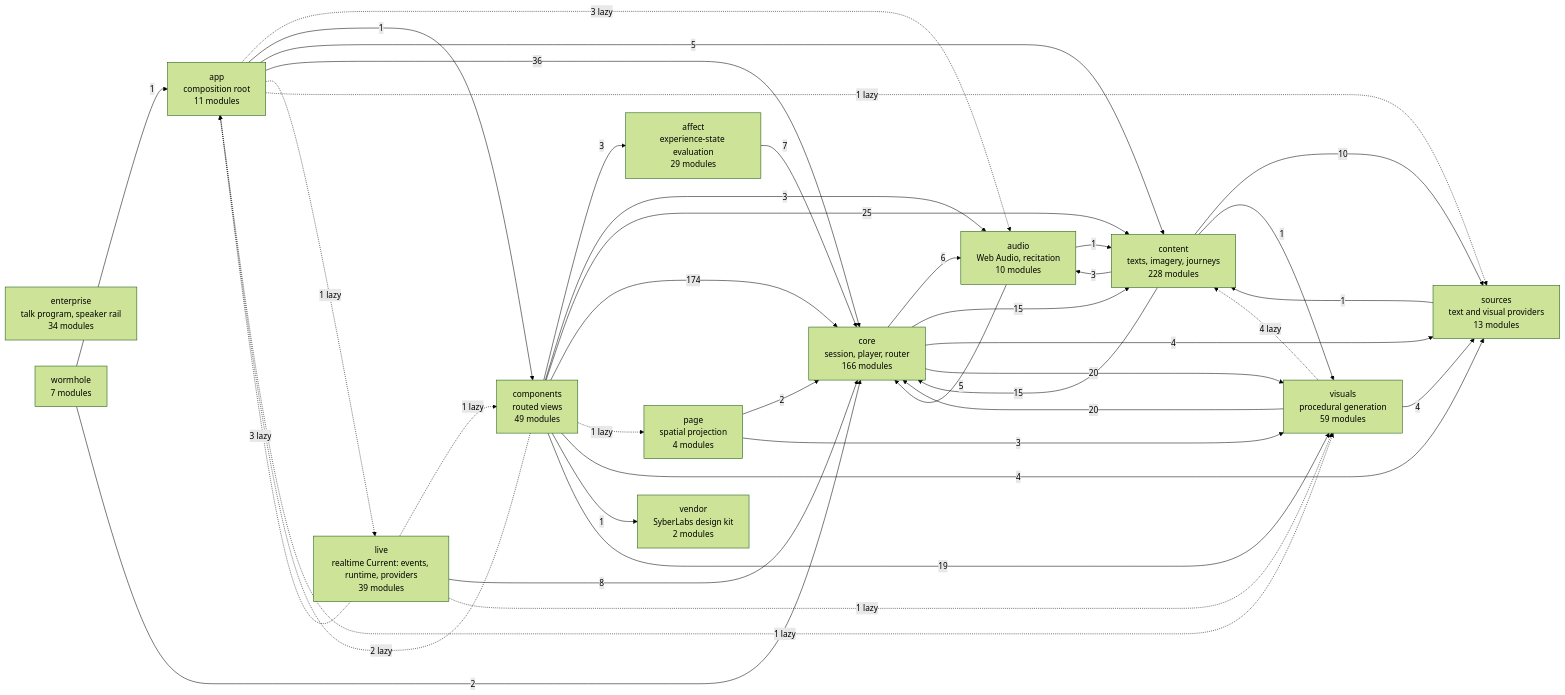
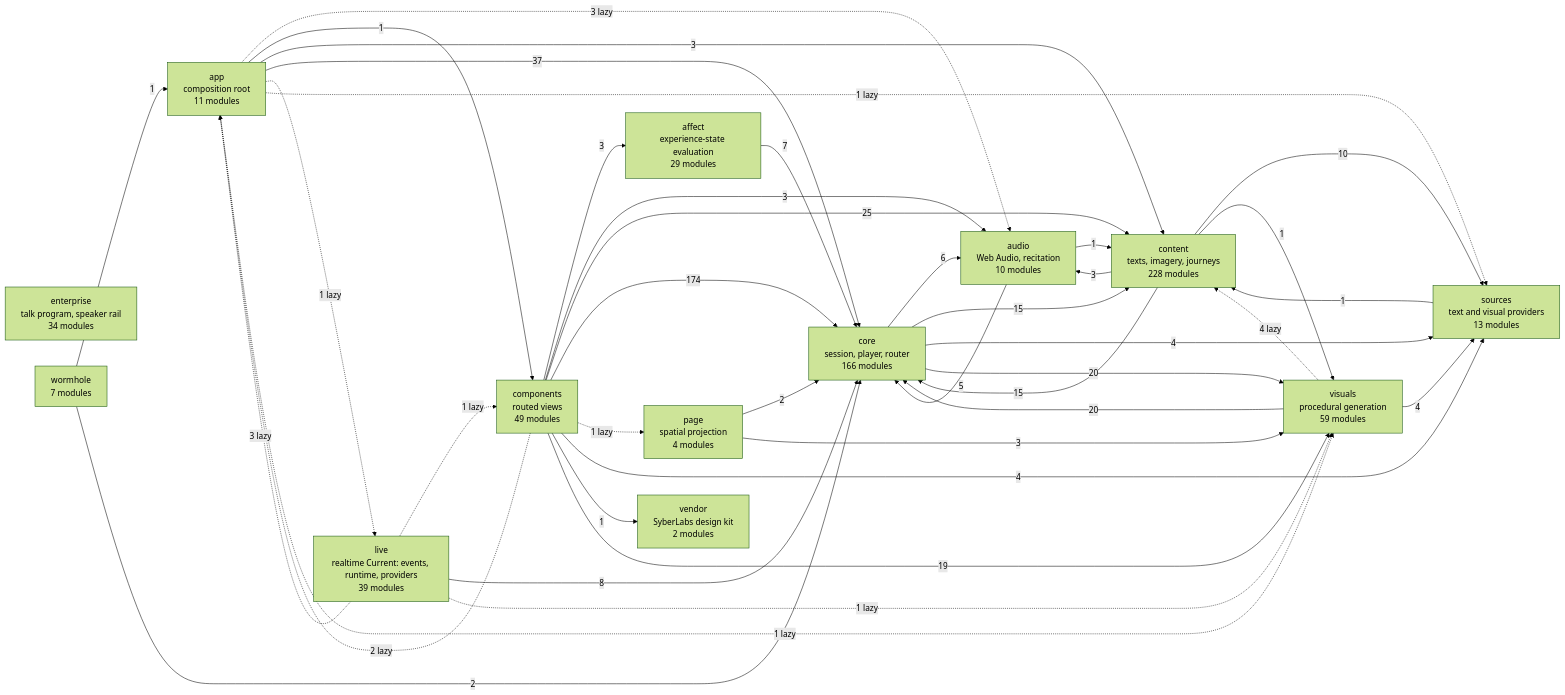
One commit to SyberLabs/RISE changed the diagram in docs/specs/ARCHITECTURE.md. Above: the diagram before and after it, drawn with Mermaid (forest theme). The commit also changed 19 other files, not shown here.

````diff
--- a/docs/specs/ARCHITECTURE.md
+++ b/docs/specs/ARCHITECTURE.md
@@ -160,56 +160,56 @@
 ```mermaid
 flowchart LR
     affect["affect<br/>experience-state evaluation<br/>29 modules"]
     app["app<br/>composition root<br/>11 modules"]
     audio["audio<br/>Web Audio, recitation<br/>10 modules"]
     components["components<br/>routed views<br/>49 modules"]
     content["content<br/>texts, imagery, journeys<br/>228 modules"]
     core["core<br/>session, player, router<br/>166 modules"]
     enterprise["enterprise<br/>talk program, speaker rail<br/>34 modules"]
     live["live<br/>realtime Current: events, runtime, providers<br/>39 modules"]
     page["page<br/>spatial projection<br/>4 modules"]
     sources["sources<br/>text and visual providers<br/>13 modules"]
     vendor["vendor<br/>SyberLabs design kit<br/>2 modules"]
     visuals["visuals<br/>procedural generation<br/>59 modules"]
     wormhole["wormhole<br/>7 modules"]
 
     affect --> |7| core
     app -.-> |3 lazy| audio
     app --> |1| components
-    app --> |5| content
-    app --> |36| core
+    app --> |3| content
+    app --> |37| core
     app -.-> |1 lazy| live
     app -.-> |1 lazy| sources
     app -.-> |1 lazy| visuals
     audio --> |1| content
     audio --> |5| core
     components --> |3| affect
     components -.-> |2 lazy| app
     components --> |3| audio
     components --> |25| content
     components --> |174| core
     components -.-> |1 lazy| page
     components --> |4| sources
     components --> |1| vendor
     components --> |19| visuals
     content --> |3| audio
     content --> |15| core
     content --> |10| sources
     content --> |1| visuals
     core --> |6| audio
     core --> |15| content
     core --> |4| sources
     core --> |20| visuals
     live -.-> |3 lazy| app
     live -.-> |1 lazy| components
     live --> |8| core
     live -.-> |1 lazy| visuals
     page --> |2| core
     page --> |3| visuals
     sources --> |1| content
     visuals -.-> |4 lazy| content
     visuals --> |20| core
     visuals --> |4| sources
     wormhole --> |1| app
     wormhole --> |2| core
 ```
````
